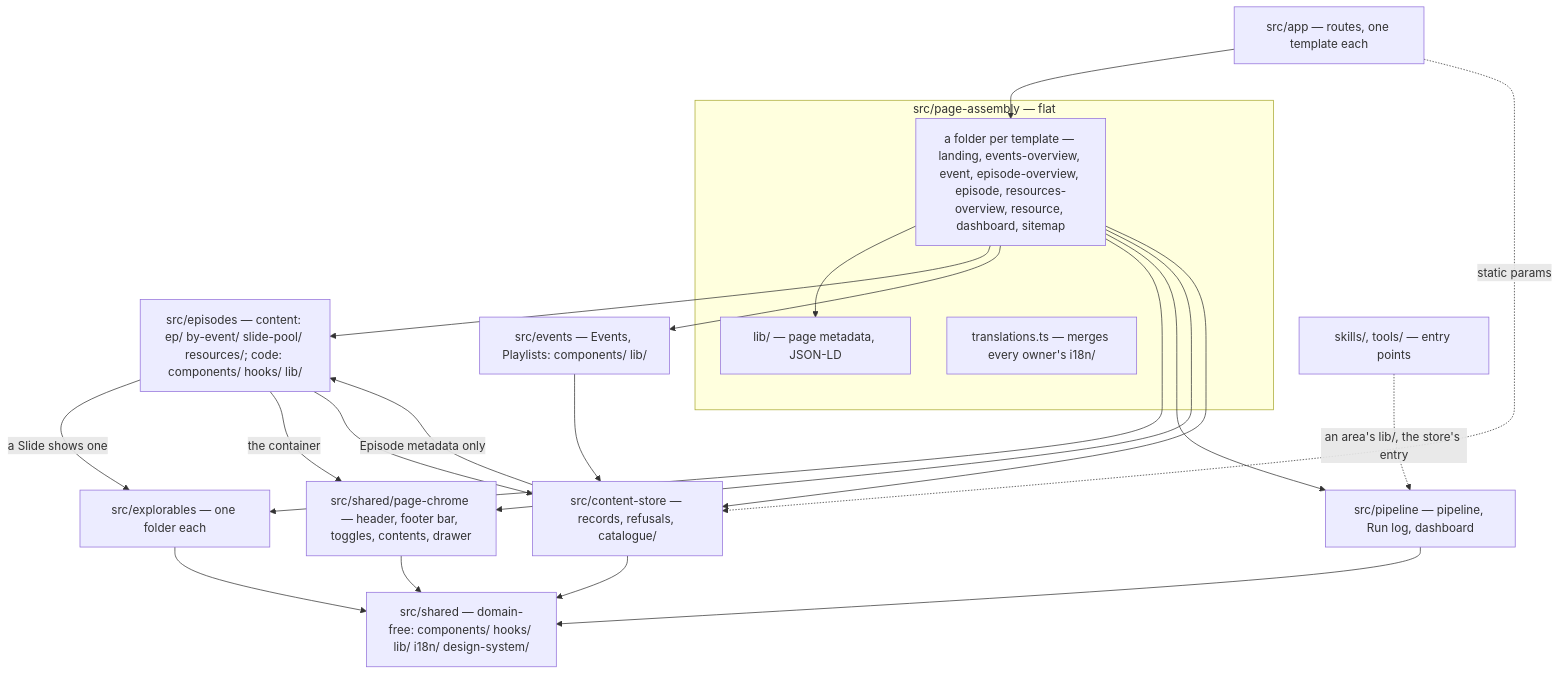
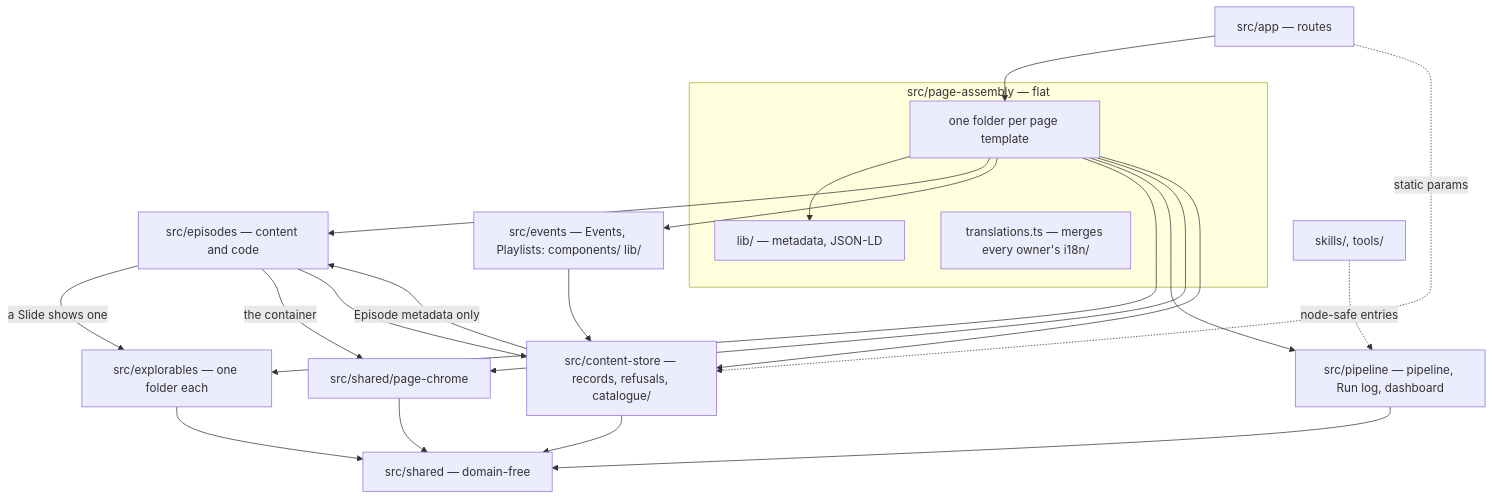
Before and after one commit to hancrafted/content-library: the first of 5 diagrams in .archgate/adrs/FE-004-slide-architecture.md, drawn with Mermaid. The commit also changed other lines of this file and 5 other files, not shown here.

First line of the commit message:
docs(episodes): reconcile approved slide presentation governance

````diff
--- a/.archgate/adrs/FE-004-slide-architecture.md
+++ b/.archgate/adrs/FE-004-slide-architecture.md
@@ -22,25 +22,25 @@
 ```mermaid
 flowchart TD
-  app["src/app — routes, one template each"] --> tpl
+  app["src/app — routes"] --> tpl
   subgraph pa["src/page-assembly — flat"]
-    tpl["a folder per template — landing, events-overview, event, episode-overview, episode, resources-overview, resource, dashboard, sitemap"] --> palib["lib/ — page metadata, JSON-LD"]
+    tpl["one folder per page template"] --> palib["lib/ — metadata, JSON-LD"]
     merge["translations.ts — merges every owner's i18n/"]
   end
-  tpl --> episodes["src/episodes — content: ep/ by-event/ slide-pool/ resources/; code: components/ hooks/ lib/"]
+  tpl --> episodes["src/episodes — content and code"]
   tpl --> events["src/events — Events, Playlists: components/ lib/"]
   tpl --> explain["src/explorables — one folder each"]
   tpl --> pipeline["src/pipeline — pipeline, Run log, dashboard"]
-  tpl --> chrome["src/shared/page-chrome — header, footer bar, toggles, contents, drawer"]
+  tpl --> chrome["src/shared/page-chrome"]
   episodes -- "a Slide shows one" --> explain
   episodes -- "the container" --> chrome
   tpl --> store["src/content-store — records, refusals, catalogue/"]
   app -. "static params" .-> store
   episodes --> store
   events --> store
   store -- "Episode metadata only" --> episodes
-  store --> shared["src/shared — domain-free: components/ hooks/ lib/ i18n/ design-system/"]
+  store --> shared["src/shared — domain-free"]
   explain --> shared
   pipeline --> shared
   chrome --> shared
-  tools["skills/, tools/ — entry points"] -. "an area's lib/, the store's entry" .-> pipeline
+  tools["skills/, tools/"] -. "node-safe entries" .-> pipeline
 ```
````
